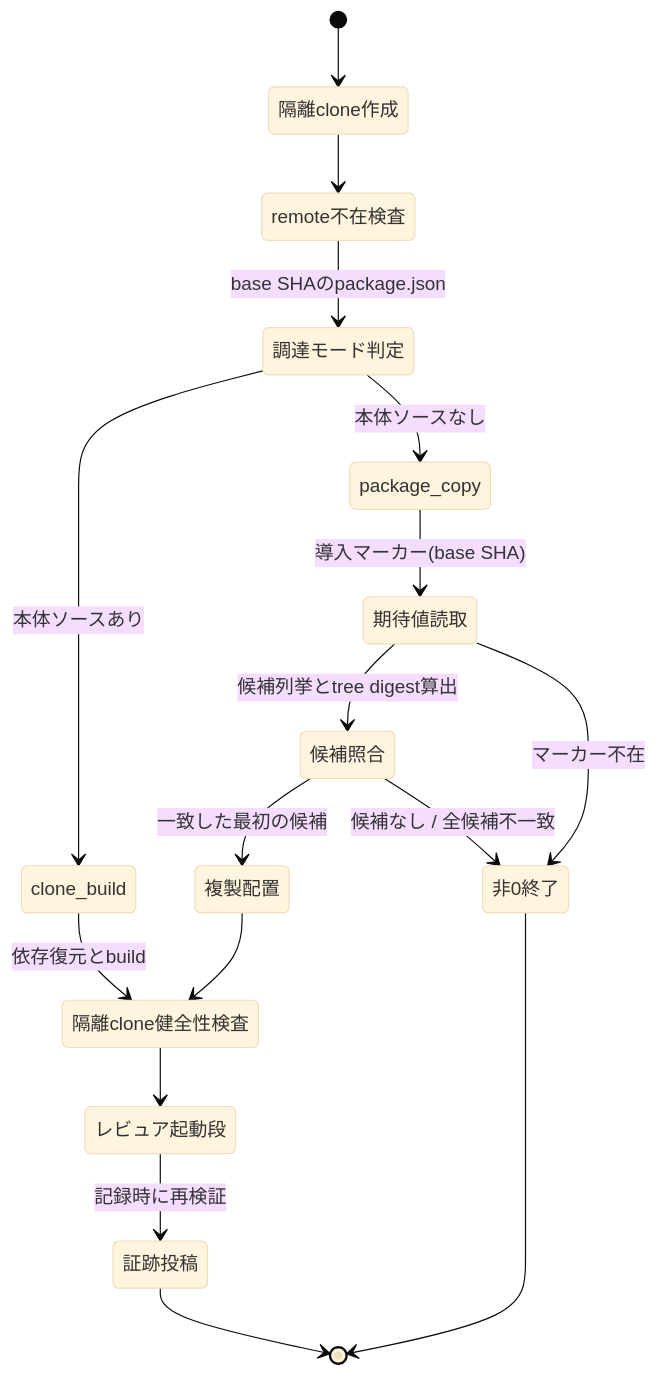
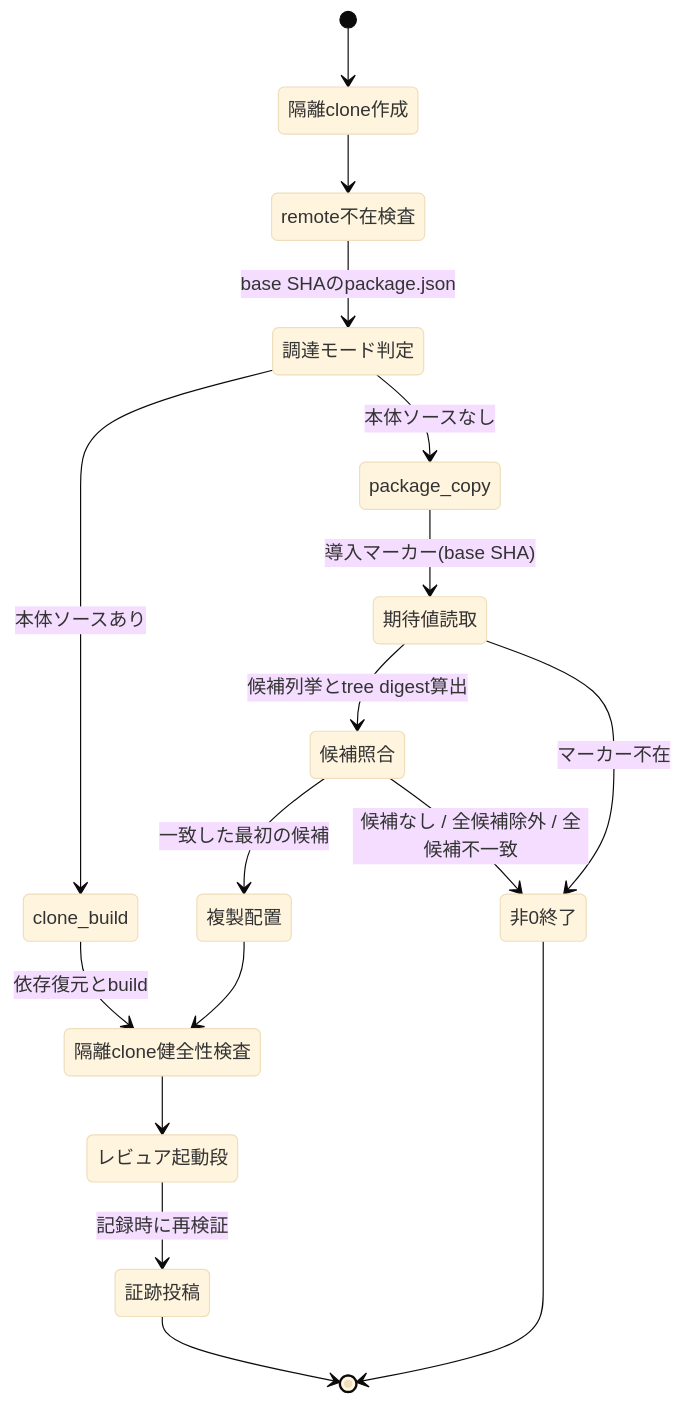
Before and after one commit to techbeansjp-free/AGENTS.md: the diagram in DESIGN.md, drawn with Mermaid (base theme). The commit also changed other lines of this file and 2 other files, not shown here.

````diff
--- a/DESIGN.md
+++ b/DESIGN.md
@@ -158,19 +180,19 @@
 ```mermaid
 stateDiagram-v2
   [*] --> 隔離clone作成
   隔離clone作成 --> remote不在検査
   remote不在検査 --> 調達モード判定: base SHAのpackage.json
   調達モード判定 --> clone_build: 本体ソースあり
   調達モード判定 --> package_copy: 本体ソースなし
   clone_build --> 隔離clone健全性検査: 依存復元とbuild
   package_copy --> 期待値読取: 導入マーカー(base SHA)
   期待値読取 --> 候補照合: 候補列挙とtree digest算出
   候補照合 --> 複製配置: 一致した最初の候補
-  候補照合 --> 非0終了: 候補なし / 全候補不一致
+  候補照合 --> 非0終了: 候補なし / 全候補除外 / 全候補不一致
   期待値読取 --> 非0終了: マーカー不在
   複製配置 --> 隔離clone健全性検査
   隔離clone健全性検査 --> レビュア起動段
   レビュア起動段 --> 証跡投稿: 記録時に再検証
   証跡投稿 --> [*]
   非0終了 --> [*]
 ```
````
